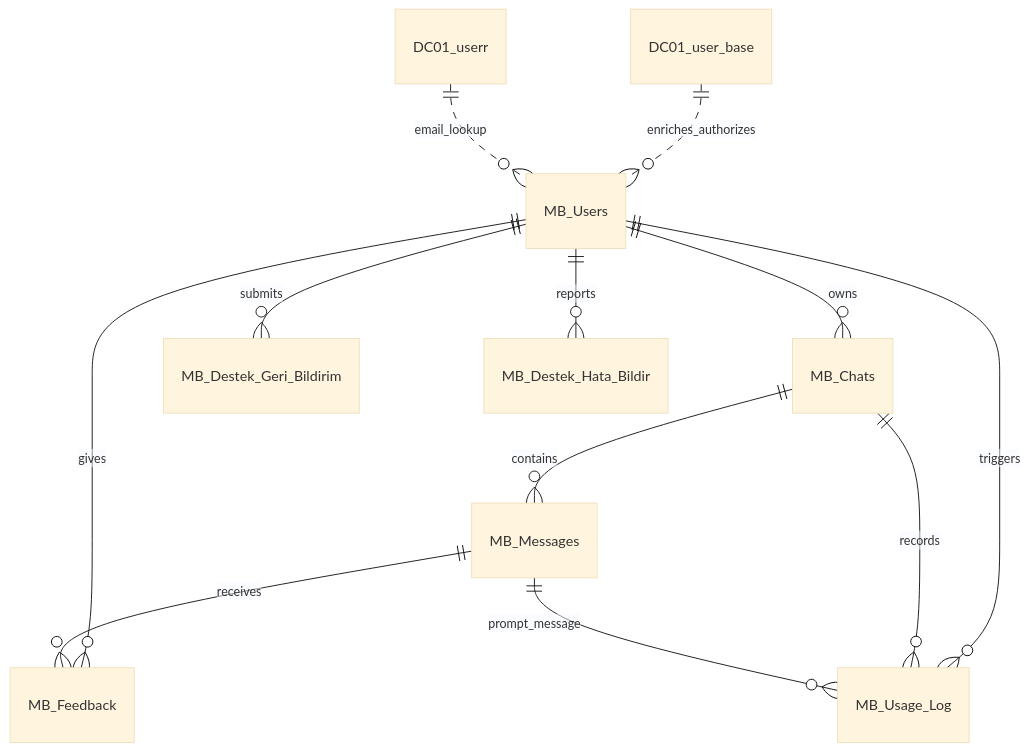
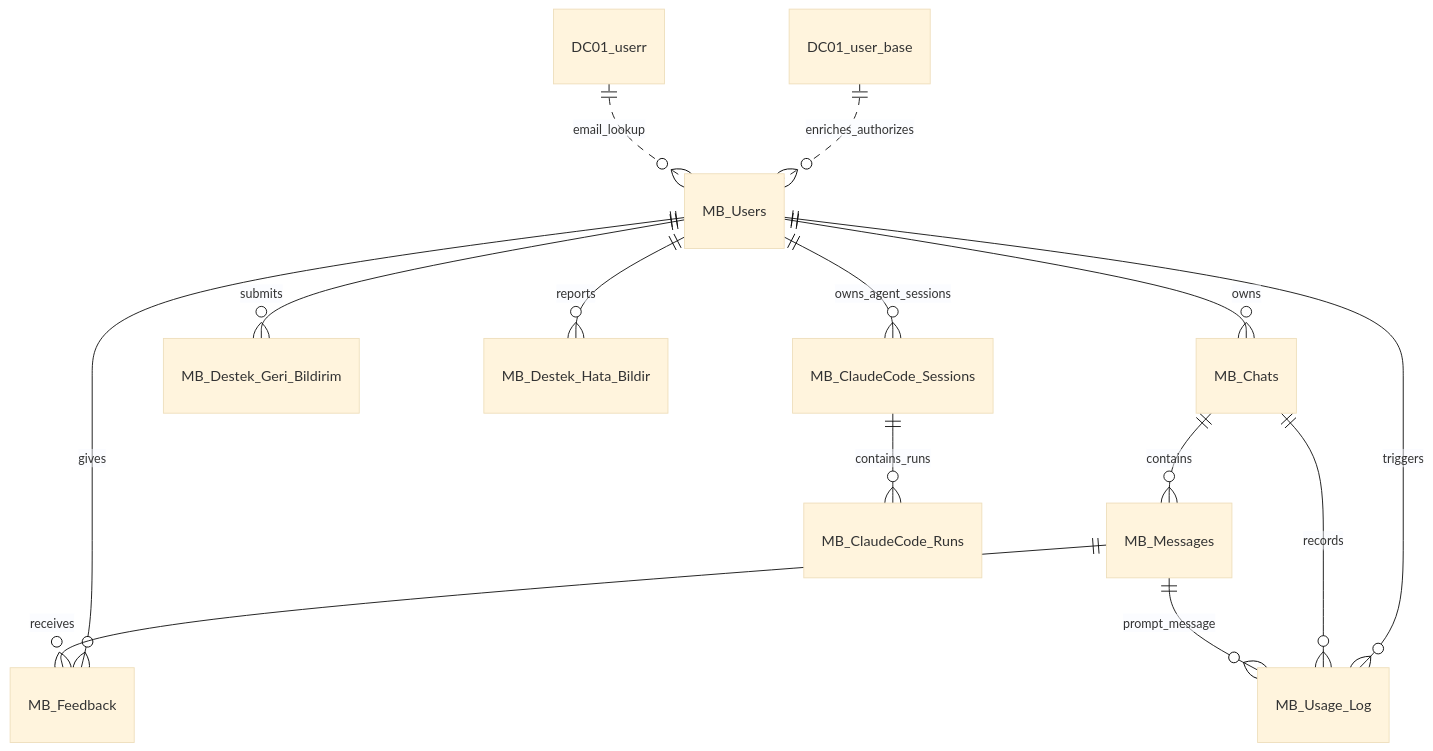
The diagram in docs/database-schema.md (mokaradag/MERGEN-Bilge), drawn with Mermaid (base theme) before and after one commit. The commit also changed other lines of this file and 34 other files, not shown here.

````diff
--- a/docs/database-schema.md
+++ b/docs/database-schema.md
@@ -23,14 +24,16 @@
 ```mermaid
 erDiagram
     MB_Users ||--o{ MB_Chats : owns
     MB_Chats ||--o{ MB_Messages : contains
     MB_Users ||--o{ MB_Feedback : gives
     MB_Messages ||--o{ MB_Feedback : receives
     MB_Users ||--o{ MB_Usage_Log : triggers
     MB_Chats ||--o{ MB_Usage_Log : records
     MB_Messages ||--o{ MB_Usage_Log : prompt_message
     MB_Users ||--o{ MB_Destek_Geri_Bildirim : submits
     MB_Users ||--o{ MB_Destek_Hata_Bildir : reports
+    MB_Users ||--o{ MB_ClaudeCode_Sessions : owns_agent_sessions
+    MB_ClaudeCode_Sessions ||--o{ MB_ClaudeCode_Runs : contains_runs
     DC01_user_base ||..o{ MB_Users : enriches_authorizes
     DC01_userr ||..o{ MB_Users : email_lookup
 ```
````
